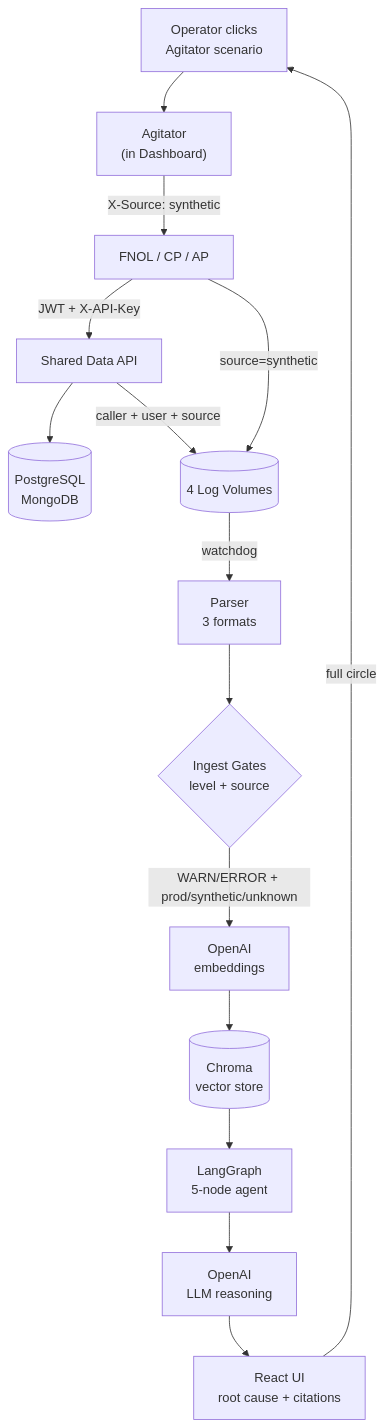
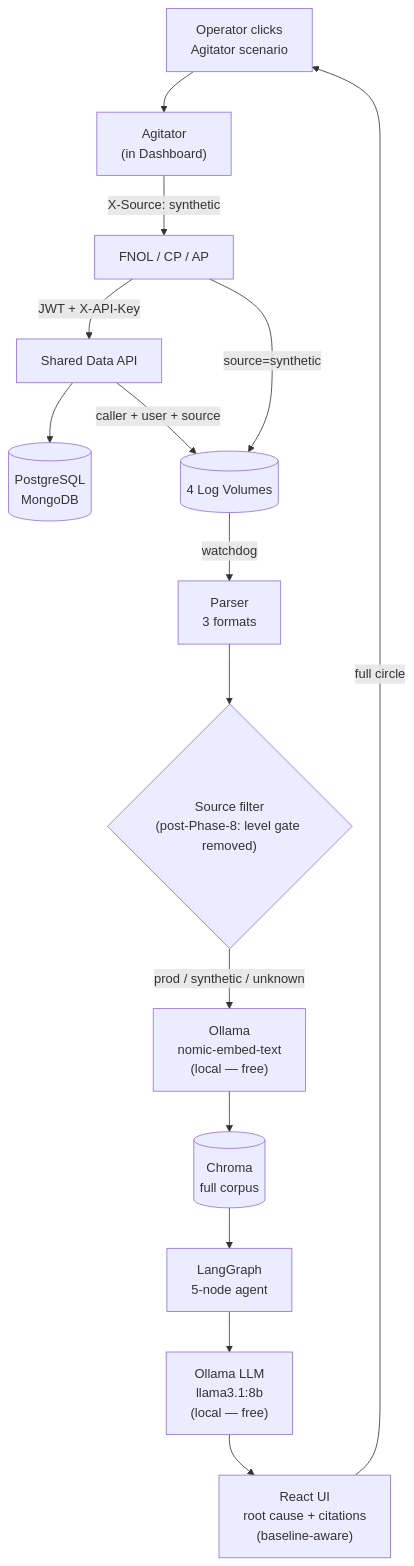
Before and after one commit to CumulusCycles/agentic-log-analysis-system: diagram 14 of 14 in docs/architecture/system-integration.md, drawn with Mermaid. The commit also changed other lines of this file and 18 other files, not shown here.

````diff
--- a/docs/architecture/system-integration.md
+++ b/docs/architecture/system-integration.md
@@ -502,19 +497,19 @@
 ```mermaid
 graph TB
     CLICK["Operator clicks\nAgitator scenario"] --> AG["Agitator\n(in Dashboard)"]
     AG -->|"X-Source: synthetic"| APPS["FNOL / CP / AP"]
     APPS -->|"JWT + X-API-Key"| SDA["Shared Data API"]
     SDA --> DBS[("PostgreSQL\nMongoDB")]
     
     SDA -->|"caller + user + source"| LOGS[("4 Log Volumes")]
     APPS -->|"source=synthetic"| LOGS
 
     LOGS -->|watchdog| PARSE["Parser\n3 formats"]
-    PARSE --> GATE{"Ingest Gates\nlevel + source"}
-    GATE -->|"WARN/ERROR + prod/synthetic/unknown"| EMBED["OpenAI\nembeddings"]
-    EMBED --> CHROMA[("Chroma\nvector store")]
+    PARSE --> GATE{"Source filter\n(post-Phase-8: level gate removed)"}
+    GATE -->|"prod / synthetic / unknown"| EMBED["Ollama\nnomic-embed-text\n(local — free)"]
+    EMBED --> CHROMA[("Chroma\nfull corpus")]
     CHROMA --> AGENT["LangGraph\n5-node agent"]
-    AGENT --> LLM["OpenAI\nLLM reasoning"]
-    LLM --> UI["React UI\nroot cause + citations"]
+    AGENT --> LLM["Ollama LLM\nllama3.1:8b\n(local — free)"]
+    LLM --> UI["React UI\nroot cause + citations\n(baseline-aware)"]
     UI -->|"full circle"| CLICK
 ```
````
